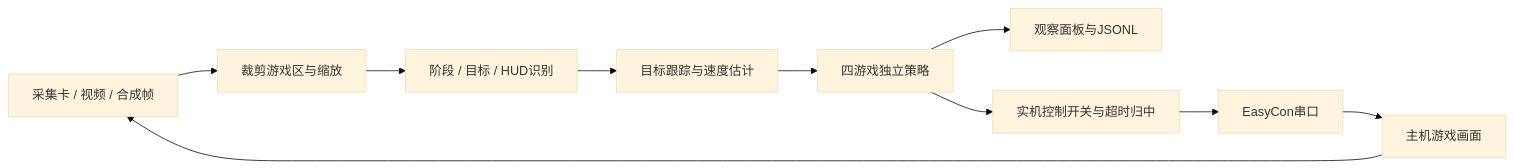
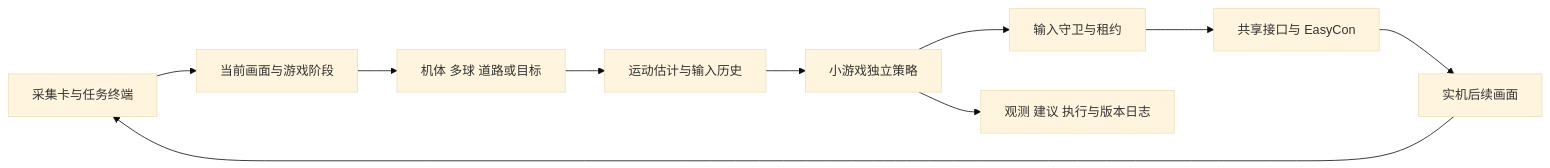
The diagram in README.md (Lcack/SplatoonRaiders-Minigame-Helper), drawn with Mermaid (base theme) before and after one commit. The commit also changed other lines of this file and 206 other files, not shown here.

````diff
--- a/README.md
+++ b/README.md
@@ -47,12 +50,12 @@
 ```mermaid
 flowchart LR
-    A[采集卡 / 视频 / 合成帧] --> B[裁剪游戏区与缩放]
-    B --> C[阶段 / 目标 / HUD识别]
-    C --> D[目标跟踪与速度估计]
-    D --> E[四游戏独立策略]
-    E --> F[观察面板与JSONL]
-    E --> G[实机控制开关与超时归中]
-    G --> H[EasyCon串口]
-    H --> I[主机游戏画面]
-    I --> A
+    A[采集卡与任务终端] --> B[当前画面与游戏阶段]
+    B --> C[机体 多球 道路或目标]
+    C --> D[运动估计与输入历史]
+    D --> E[小游戏独立策略]
+    E --> F[输入守卫与租约]
+    F --> G[共享接口与 EasyCon]
+    G --> H[实机后续画面]
+    H --> A
+    E --> I[观测 建议 执行与版本日志]
 ```
````
